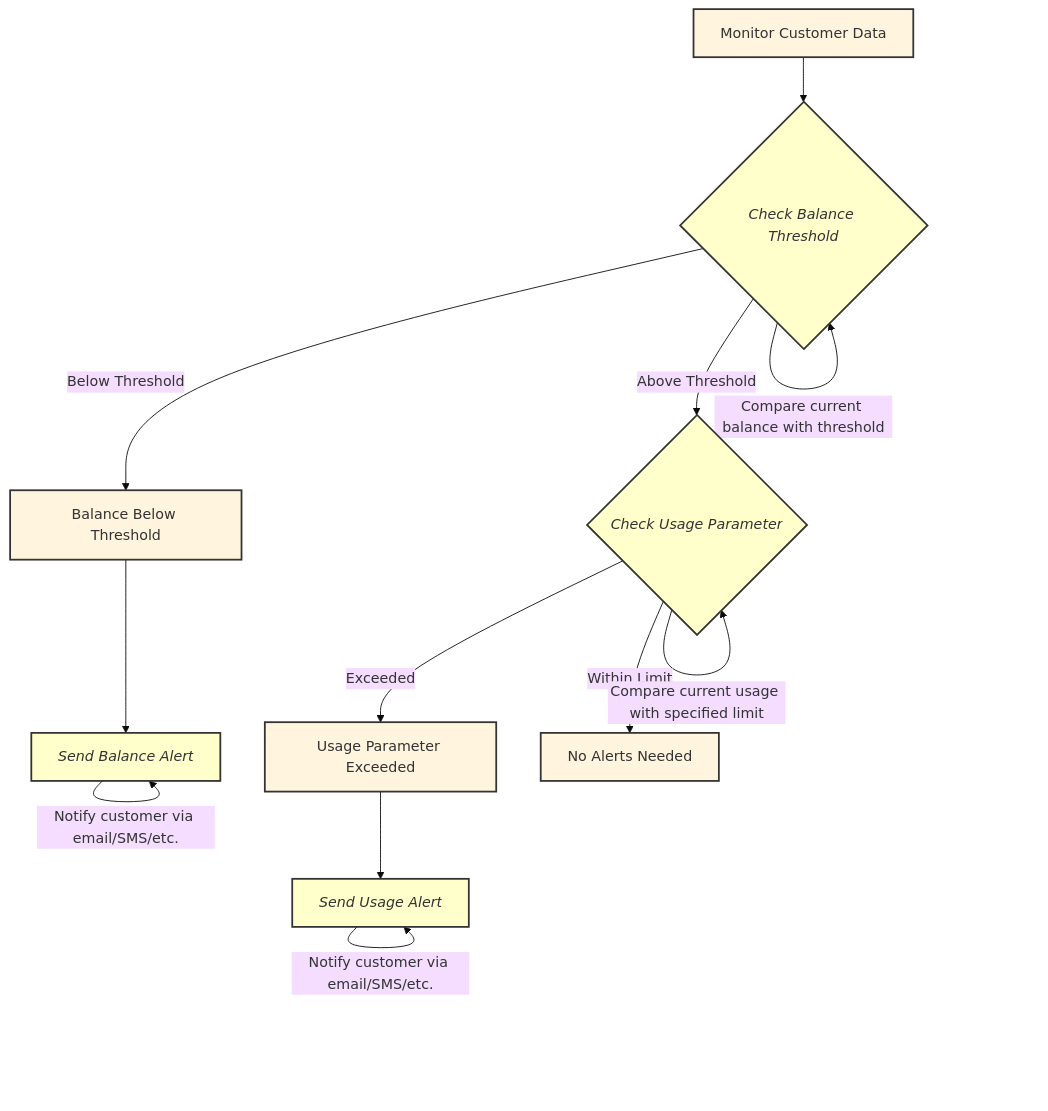
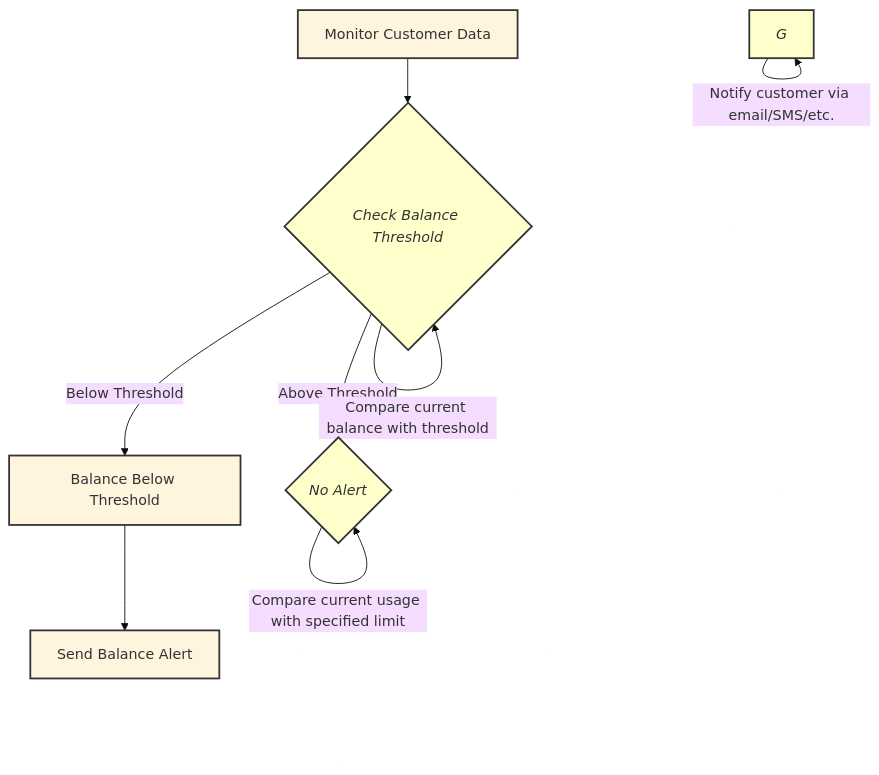
The first of 2 diagrams in docs/customer/alerts.md (connexcs/docs), drawn with Mermaid (base theme) before and after one commit. The commit also changed other lines of this file, not shown here.

````diff
--- a/docs/customer/alerts.md
+++ b/docs/customer/alerts.md
@@ -16,20 +16,17 @@
     ```mermaid
     graph TD
     A[Monitor Customer Data] --> B{Check Balance Threshold}
     B -- Below Threshold --> C[Balance Below Threshold] --> D[Send Balance Alert]
-    B -- Above Threshold --> E{Check Usage Parameter}
-    E -- Exceeded --> F[Usage Parameter Exceeded] --> G[Send Usage Alert]
-    E -- Within Limit --> H[No Alerts Needed]
+    B -- Above Threshold --> E{No Alert}
 
     %% Properly formatted notes
     B:::note -->|Compare current balance with threshold| B
     E:::note -->|Compare current usage with specified limit| E
-    D:::note -->|Notify customer via email/SMS/etc.| D
     G:::note -->|Notify customer via email/SMS/etc.| G
 
     %% Styling nodes
     classDef alert fill:#,stroke:#333,stroke-width:2px;
     classDef note fill:#ffffcc,stroke:#333,stroke-width:1px,font-style:italic;
     
     class A,B,C,D,E,F,G,H alert;
     ```
````
